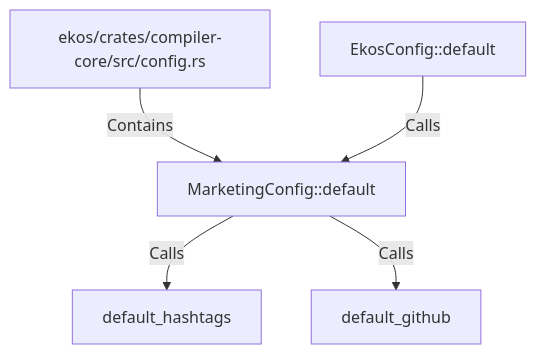
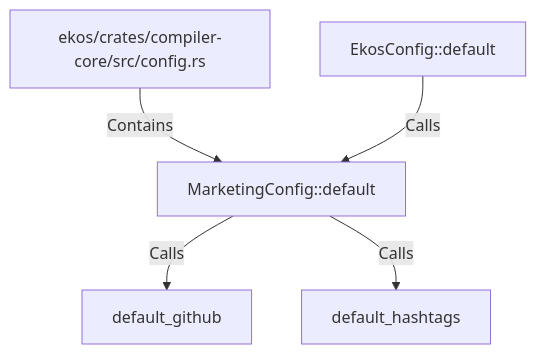
One commit to alexeyban/EKOS changed the diagram in doc/entities/rustsymbol/ma/marketingconfig-default.md. Above: the diagram before and after it, drawn with Mermaid. The commit also changed other lines of this file and 552 other files, not shown here.

````diff
--- a/doc/entities/rustsymbol/ma/marketingconfig-default.md
+++ b/doc/entities/rustsymbol/ma/marketingconfig-default.md
@@ -23,12 +23,12 @@
 ```mermaid
 graph TD
     n3fa1fe515c40500ea4afe9b3dfeb907f["MarketingConfig::default"]
     nd0747f3425e1542680eba54fffcac598["ekos/crates/compiler-core/src/config.rs"]
     nd0747f3425e1542680eba54fffcac598 -->|Contains| n3fa1fe515c40500ea4afe9b3dfeb907f
+    n81f7cad33ade55cba07f9d2c85cbcc12["default_github"]
+    n3fa1fe515c40500ea4afe9b3dfeb907f -->|Calls| n81f7cad33ade55cba07f9d2c85cbcc12
     n88f766d2969355798cf3a2624f967bc2["default_hashtags"]
     n3fa1fe515c40500ea4afe9b3dfeb907f -->|Calls| n88f766d2969355798cf3a2624f967bc2
-    n81f7cad33ade55cba07f9d2c85cbcc12["default_github"]
-    n3fa1fe515c40500ea4afe9b3dfeb907f -->|Calls| n81f7cad33ade55cba07f9d2c85cbcc12
     n96f3be9497615db0b99a0c705c9c55d0["EkosConfig::default"]
     n96f3be9497615db0b99a0c705c9c55d0 -->|Calls| n3fa1fe515c40500ea4afe9b3dfeb907f
 ```
````
